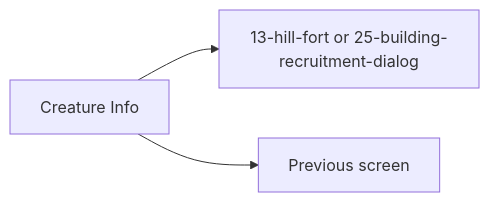
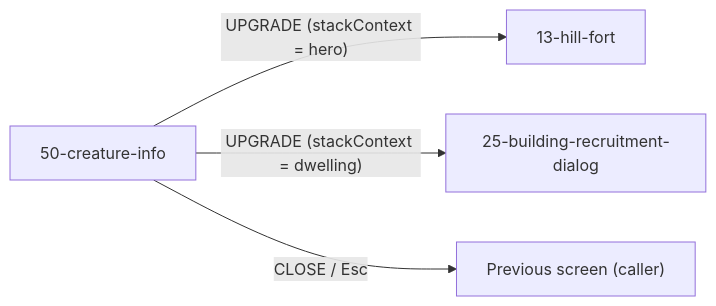
The fifth of 5 diagrams in docs/architecture/wiki/screens/50-creature-info/architecture.md (SunaNoOshiro/Heroes_Reforged_AI_Realms), drawn with Mermaid before and after one commit. The commit also changed other lines of this file and 518 other files, not shown here.

First line of the commit message:
Add doc-audit skill and sweep architecture/screen docs

````diff
--- a/docs/architecture/wiki/screens/50-creature-info/architecture.md
+++ b/docs/architecture/wiki/screens/50-creature-info/architecture.md
@@ -68,6 +85,7 @@
 ```mermaid
 flowchart LR
-  Current["Creature Info"]
-  Current --> T0["13-hill-fort or 25-building-recruitment-dialog"]
-  Current --> T1["Previous screen"]
+  Current["50-creature-info"]
+  Current -->|"UPGRADE (stackContext = hero)"| T0["13-hill-fort"]
+  Current -->|"UPGRADE (stackContext = dwelling)"| T1["25-building-recruitment-dialog"]
+  Current -->|"CLOSE / Esc"| T2["Previous screen (caller)"]
 ```
````
